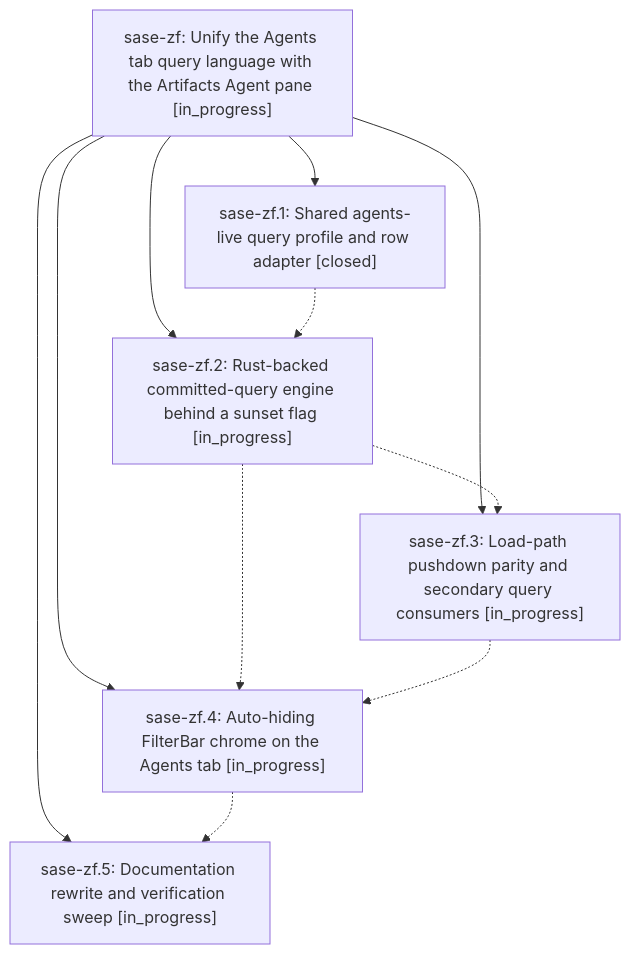
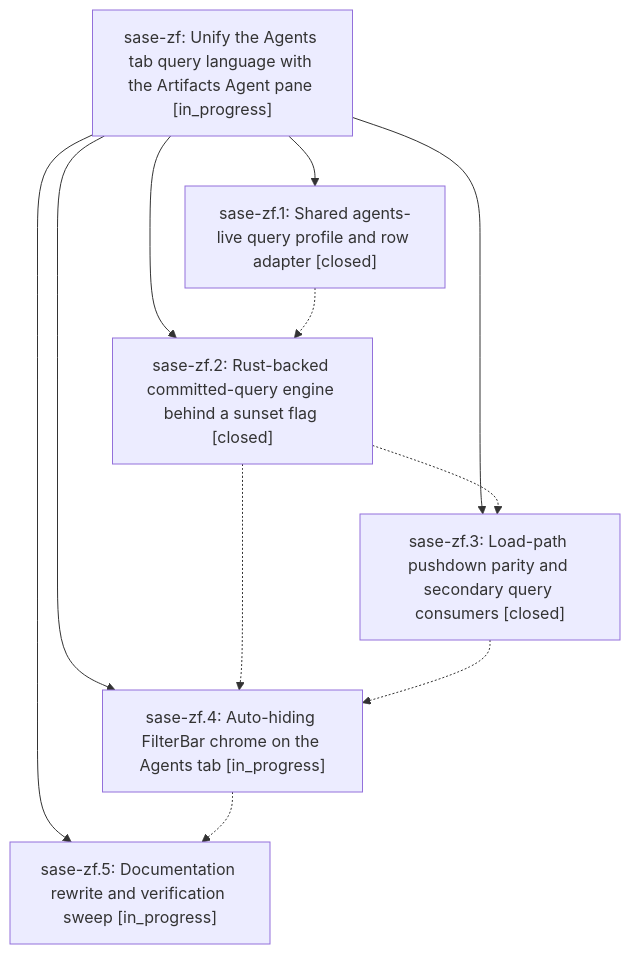
One commit to sase-org/sase--beads changed the diagram in pages/sase-zf/README.md. Above: the diagram before and after it, drawn with Mermaid. The commit also changed other lines of this file and 4 other files, not shown here.

````diff
--- a/pages/sase-zf/README.md
+++ b/pages/sase-zf/README.md
@@ -26,19 +26,19 @@
 ```mermaid
 flowchart TD
     n0["sase-zf: Unify the Agents tab query language with the Artifacts Agent pane [in_progress]"]
     n1["sase-zf.1: Shared agents-live query profile and row adapter [closed]"]
-    n2["sase-zf.2: Rust-backed committed-query engine behind a sunset flag [in_progress]"]
-    n3["sase-zf.3: Load-path pushdown parity and secondary query consumers [in_progress]"]
+    n2["sase-zf.2: Rust-backed committed-query engine behind a sunset flag [closed]"]
+    n3["sase-zf.3: Load-path pushdown parity and secondary query consumers [closed]"]
     n4["sase-zf.4: Auto-hiding FilterBar chrome on the Agents tab [in_progress]"]
     n5["sase-zf.5: Documentation rewrite and verification sweep [in_progress]"]
     n0 --> n1
     n0 --> n2
     n0 --> n3
     n0 --> n4
     n0 --> n5
     n1 -.-> n2
     n2 -.-> n3
     n2 -.-> n4
     n3 -.-> n4
     n4 -.-> n5
 ```
````
